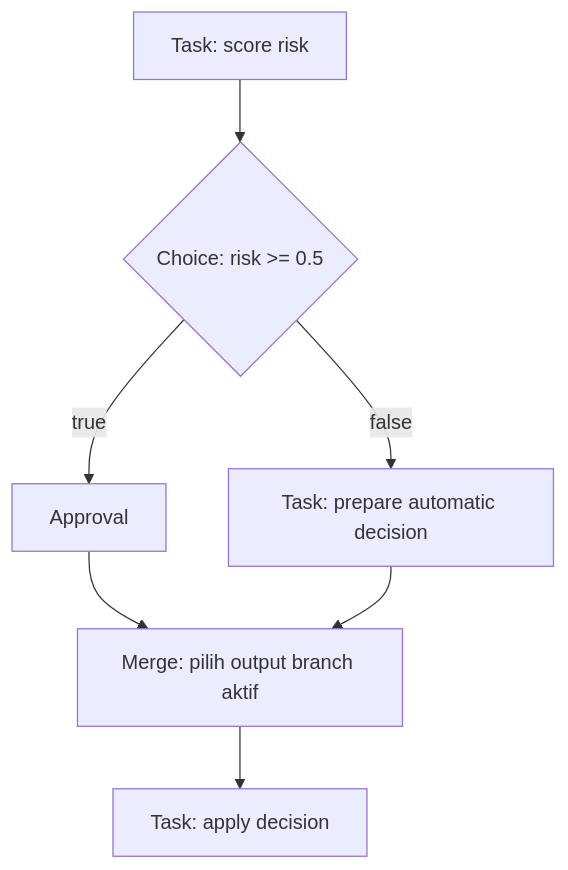
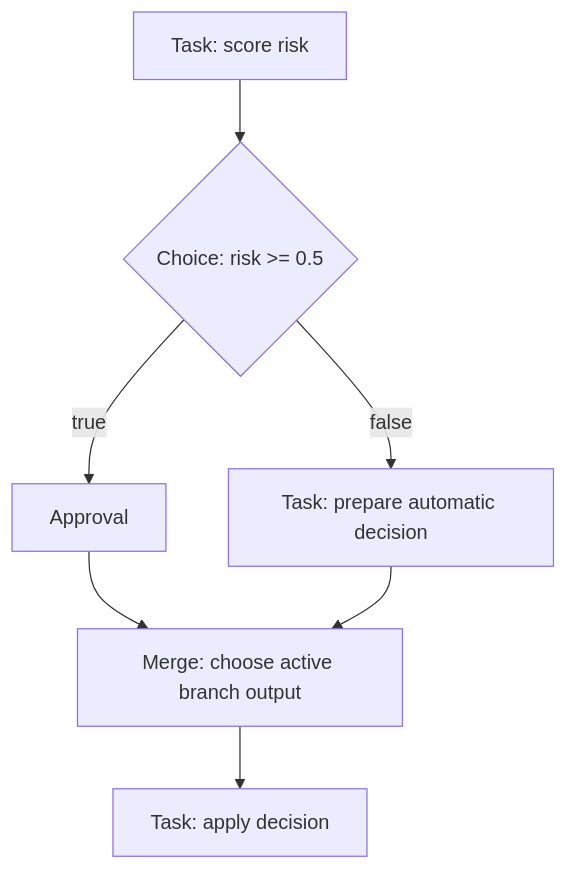
One commit to Ryanakml/Deadbolt changed the sixth of 10 diagrams in raw_idea_plan.md. Above: the diagram before and after it, drawn with Mermaid. The commit also changed other lines of this file and 1 other file, not shown here.

````diff
--- a/raw_idea_plan.md
+++ b/raw_idea_plan.md
@@ -643,9 +677,9 @@
 ```mermaid
 flowchart TD
     Risk[Task: score risk] --> Choice{Choice: risk >= 0.5}
     Choice -->|true| Approval[Approval]
     Choice -->|false| Auto[Task: prepare automatic decision]
-    Approval --> Merge[Merge: pilih output branch aktif]
+    Approval --> Merge[Merge: choose active branch output]
     Auto --> Merge
     Merge --> Apply[Task: apply decision]
 ```
````
